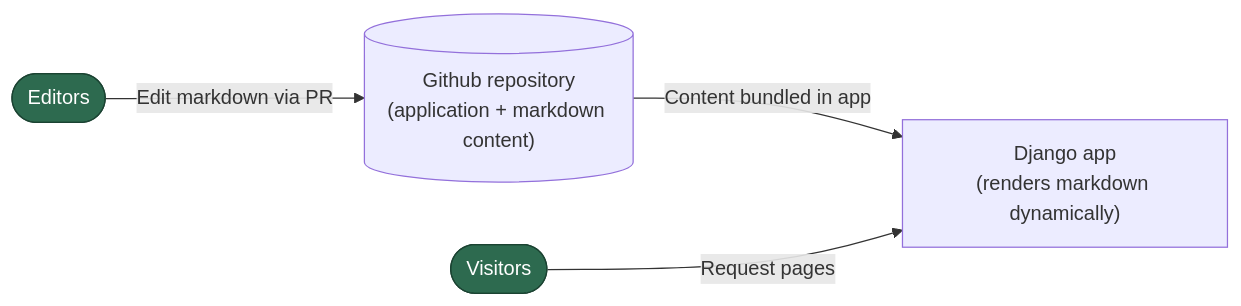
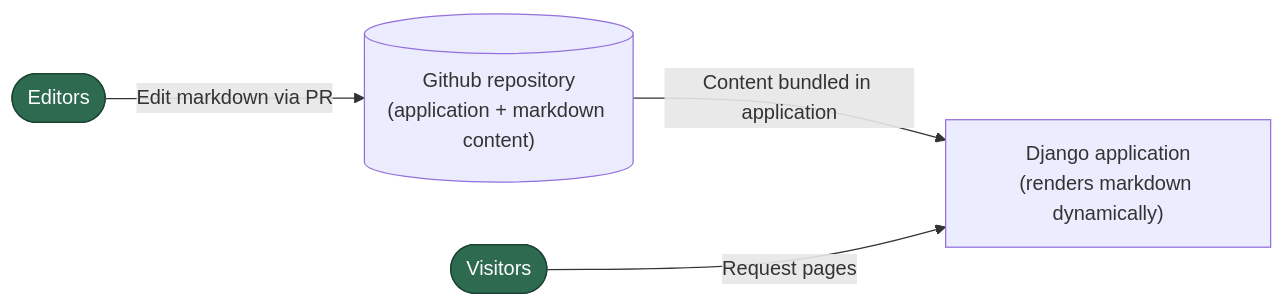
One commit to alphagov/datagovuk-sandbox changed the first of 3 diagrams in docs/high-level-solution-architecture.md. Above: the diagram before and after it, drawn with Mermaid. The commit also changed other lines of this file, not shown here.

Commit message:
Revise high-level solution architecture documentation
Simple rewording

````diff
--- a/docs/high-level-solution-architecture.md
+++ b/docs/high-level-solution-architecture.md
@@ -12,14 +12,14 @@
 ```mermaid
 flowchart LR
     editor([Editors])
     repo[("Github repository\n(application + markdown content)")]
-    app["Django app\n(renders markdown dynamically)"]
+    app["Django application\n(renders markdown dynamically)"]
     visitor([Visitors])
 
     editor -->|Edit markdown via PR| repo
-    repo -->|Content bundled in app| app
+    repo -->|Content bundled in application| app
     visitor -->|Request pages| app
 
     classDef user fill:#2D6A4F,stroke:#1B4332,color:#FFFFFF
     class editor,visitor user
 ```
````
